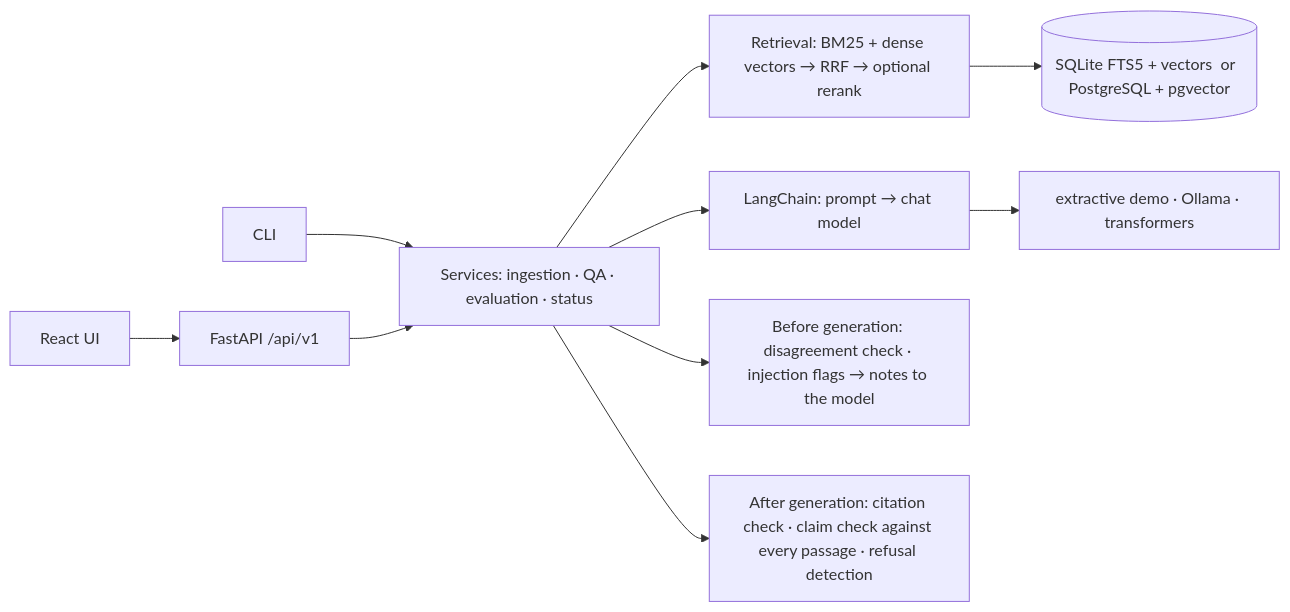
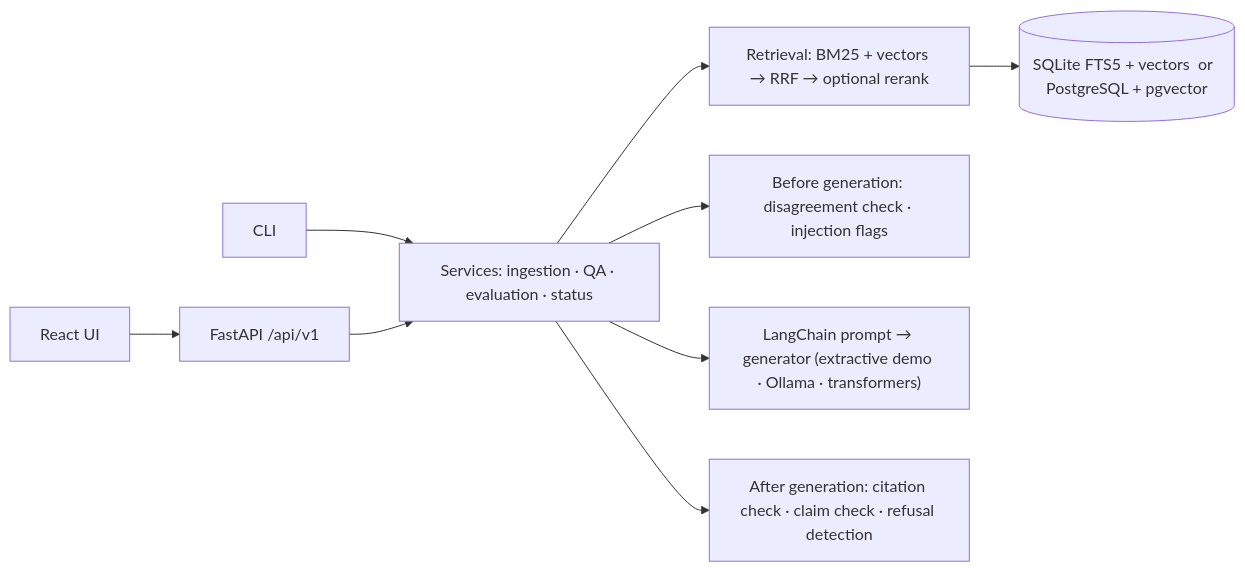
One commit to pouyapd/GroundedAI changed the diagram in README.md. Above: the diagram before and after it, drawn with Mermaid. The commit also changed other lines of this file and 7 other files, not shown here.

````diff
--- a/README.md
+++ b/README.md
@@ -138,12 +202,11 @@
 ```mermaid
 flowchart LR
   UI["React UI"] --> API["FastAPI /api/v1"]
   CLI["CLI"] --> SVC
   API --> SVC["Services: ingestion · QA · evaluation · status"]
-  SVC --> RET["Retrieval: BM25 + dense vectors → RRF → optional rerank"]
+  SVC --> RET["Retrieval: BM25 + vectors → RRF → optional rerank"]
   RET --> DB[("SQLite FTS5 + vectors  or  PostgreSQL + pgvector")]
-  SVC --> GEN["LangChain: prompt → chat model"]
-  GEN --> LLM["extractive demo · Ollama · transformers"]
-  SVC --> PRE["Before generation: disagreement check · injection flags → notes to the model"]
-  SVC --> CHK["After generation: citation check · claim check against every passage · refusal detection"]
+  SVC --> PRE["Before generation: disagreement check · injection flags"]
+  SVC --> GEN["LangChain prompt → generator (extractive demo · Ollama · transformers)"]
+  SVC --> CHK["After generation: citation check · claim check · refusal detection"]
 ```
````
